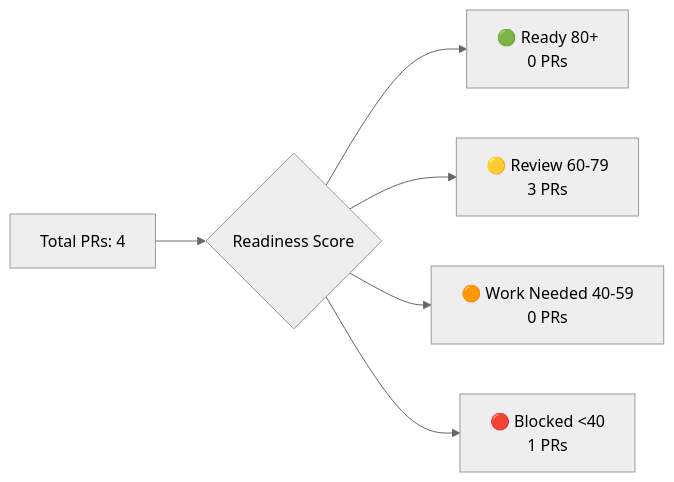
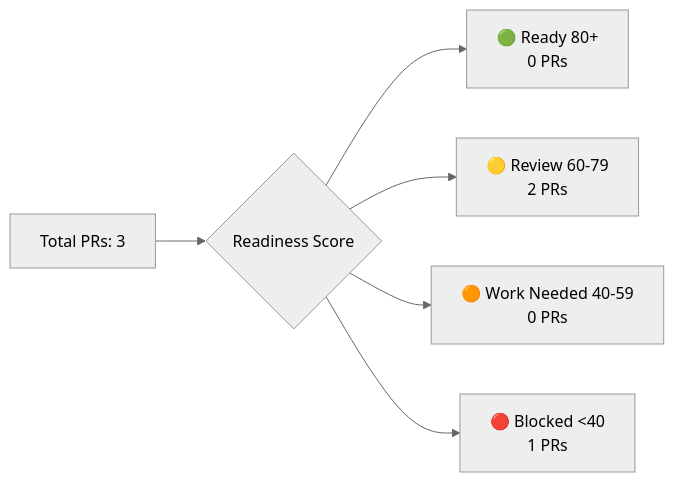
Before and after one commit to Nitsur10/invoice-dashboard-deploy: the third of 4 diagrams in docs/tracker.md, drawn with Mermaid (neutral theme). The commit also changed other lines of this file and 1 other file, not shown here.

First line of the commit message:
chore(tracker): update portfolio dashboard - 3 PRs, 6 issues

````diff
--- a/docs/tracker.md
+++ b/docs/tracker.md
@@ -40,8 +40,8 @@
 ```mermaid
 graph LR
-    A[Total PRs: 4] --> B{Readiness Score}
+    A[Total PRs: 3] --> B{Readiness Score}
     B --> C[🟢 Ready 80+<br/>0 PRs]
-    B --> D[🟡 Review 60-79<br/>3 PRs]
+    B --> D[🟡 Review 60-79<br/>2 PRs]
     B --> E[🟠 Work Needed 40-59<br/>0 PRs]
     B --> F[🔴 Blocked <40<br/>1 PRs]
 ```
````
